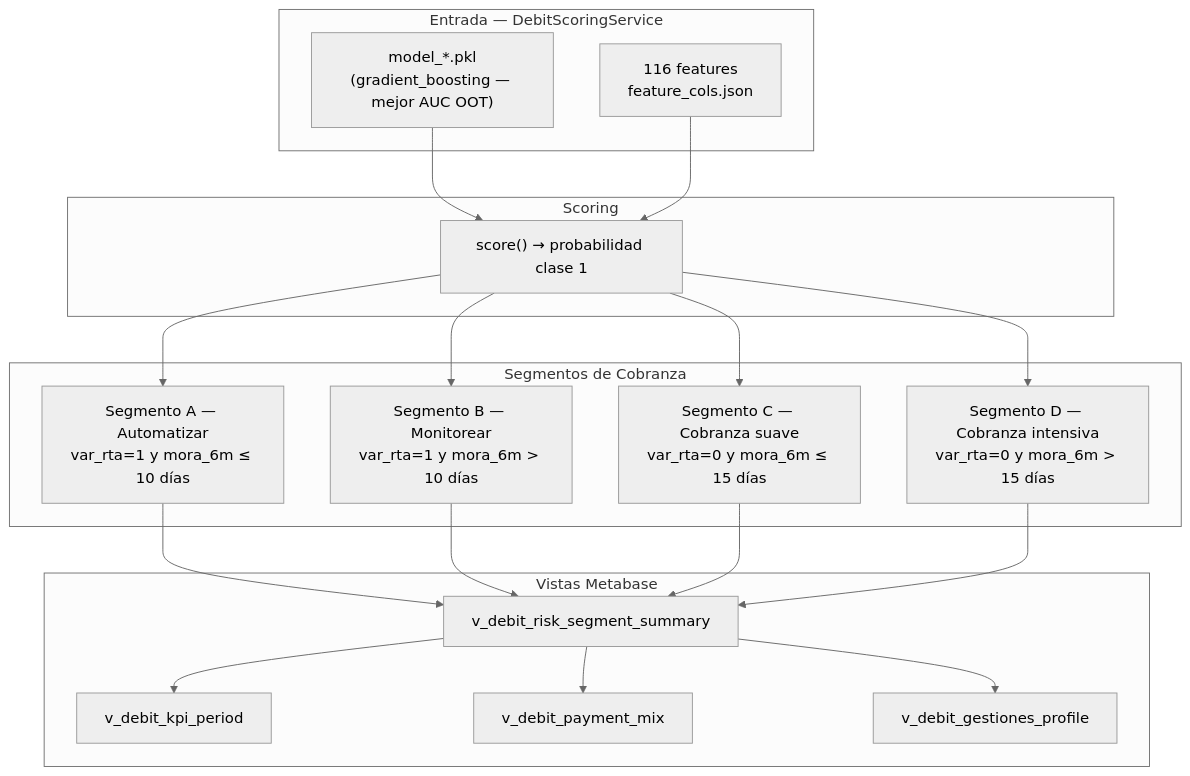
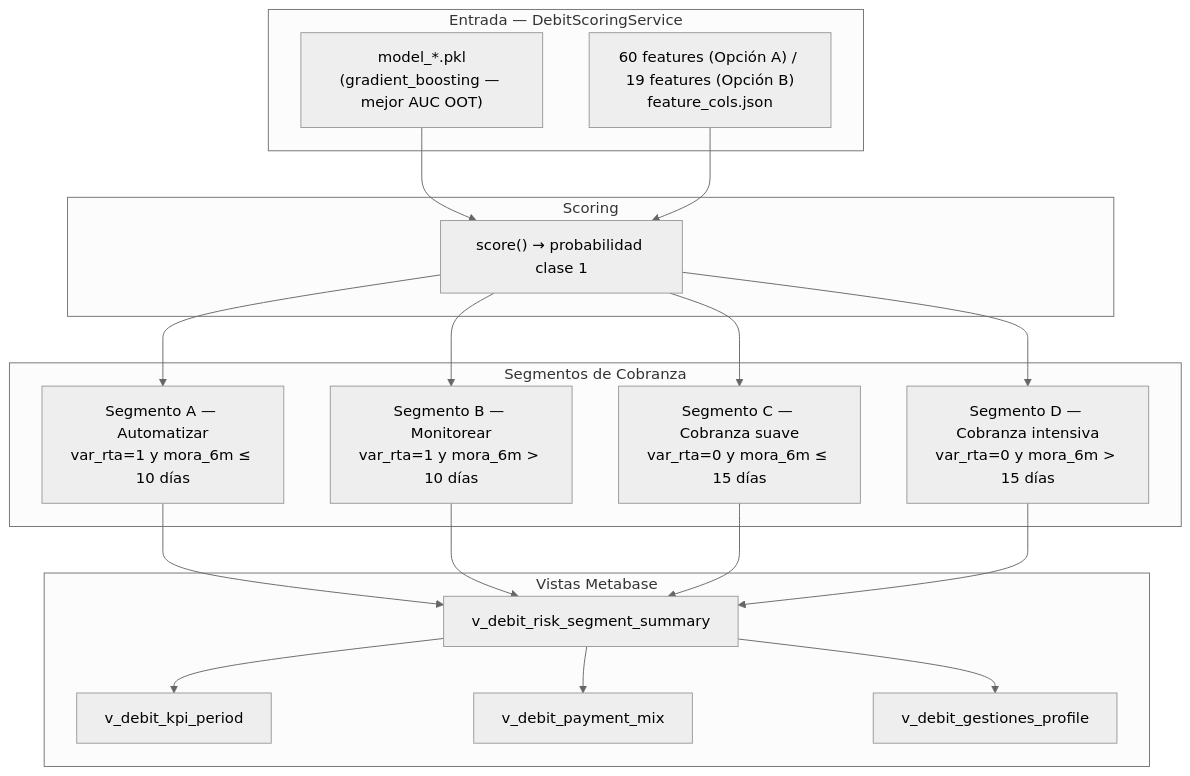
One commit to jhonflook/bancolombia-technical-test changed the eighth of 8 diagrams in _docs/debit_architecture_diagram.md. Above: the diagram before and after it, drawn with Mermaid (neutral theme). The commit also changed other lines of this file and 14 other files, not shown here.

````diff
--- a/_docs/debit_architecture_diagram.md
+++ b/_docs/debit_architecture_diagram.md
@@ -482,40 +508,40 @@
 ```mermaid
 flowchart TB
     subgraph Input["Entrada — DebitScoringService"]
         PKL["model_*.pkl<br/>(gradient_boosting — mejor AUC OOT)"]
-        Features["116 features<br/>feature_cols.json"]
+        Features["60 features (Opción A) / 19 features (Opción B)<br/>feature_cols.json"]
     end
 
     subgraph Score["Scoring"]
         ScoreFn["score() → probabilidad clase 1"]
     end
 
     subgraph Segments["Segmentos de Cobranza"]
         SegA["Segmento A — Automatizar<br/>var_rta=1 y mora_6m ≤ 10 días"]
         SegB["Segmento B — Monitorear<br/>var_rta=1 y mora_6m > 10 días"]
         SegC["Segmento C — Cobranza suave<br/>var_rta=0 y mora_6m ≤ 15 días"]
         SegD["Segmento D — Cobranza intensiva<br/>var_rta=0 y mora_6m > 15 días"]
     end
 
     subgraph Views["Vistas Metabase"]
         VRisk["v_debit_risk_segment_summary"]
         VKPI["v_debit_kpi_period"]
         VMix["v_debit_payment_mix"]
         VGest["v_debit_gestiones_profile"]
     end
 
     PKL --> ScoreFn
     Features --> ScoreFn
     ScoreFn --> SegA
     ScoreFn --> SegB
     ScoreFn --> SegC
     ScoreFn --> SegD
 
     SegA --> VRisk
     SegB --> VRisk
     SegC --> VRisk
     SegD --> VRisk
     VRisk --> VKPI
     VRisk --> VMix
     VRisk --> VGest
 ```
````
